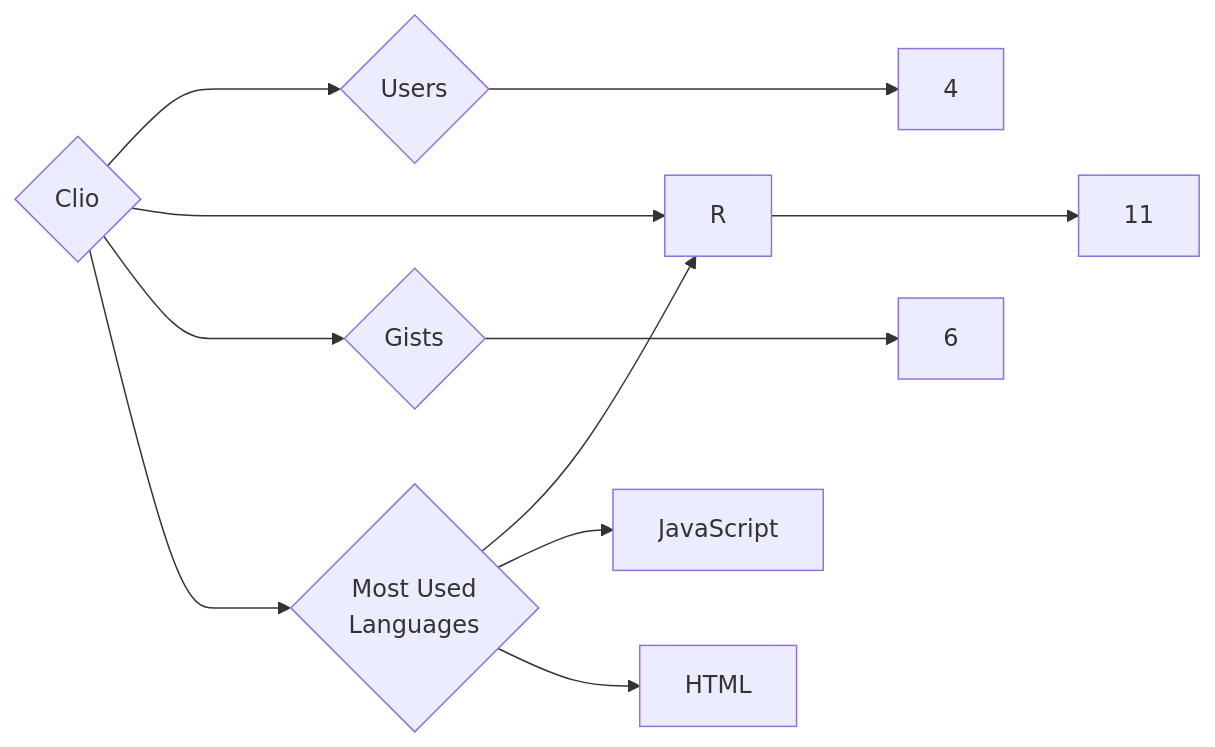
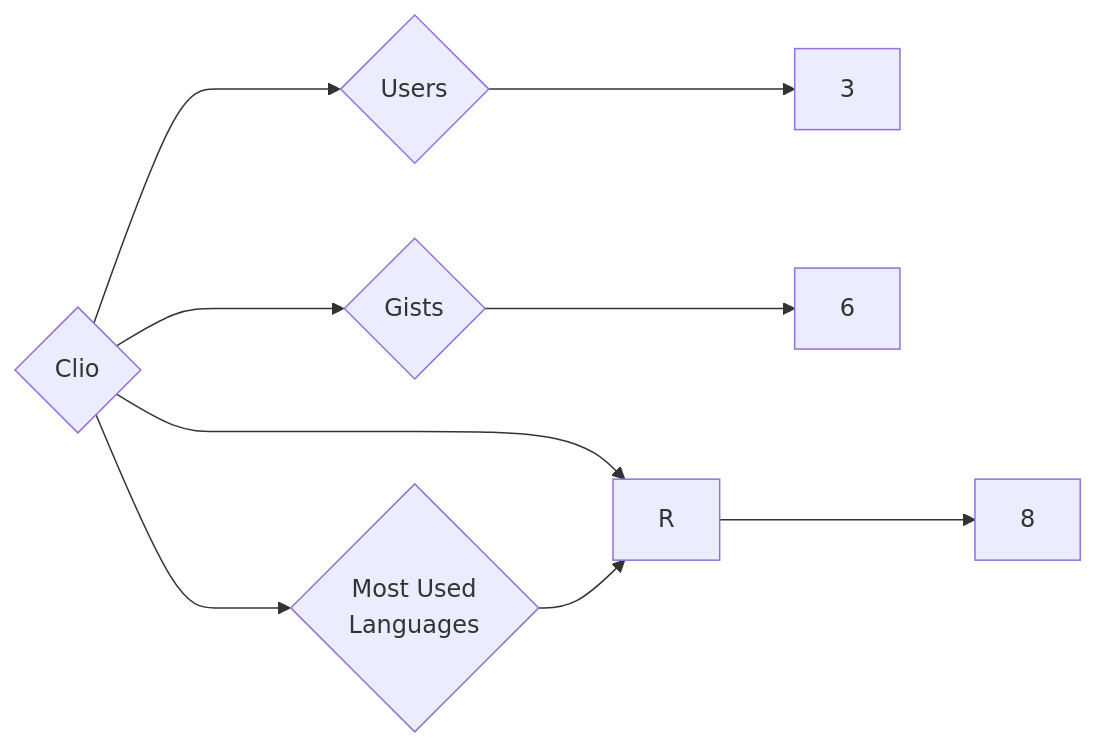
The diagram in targets/Clio/README.md (trickest/insiders), drawn with Mermaid before and after one commit. The commit also changed 559 other files, not shown here.

````diff
--- a/targets/Clio/README.md
+++ b/targets/Clio/README.md
@@ -3,11 +3,9 @@
 ```mermaid
 graph LR
 COMPANY_NAME{Clio}
-COMPANY_NAME ---> U{Users} ---> UN[4]
-COMPANY_NAME ---> R{Repositories} ---> RN[11]
+COMPANY_NAME ---> U{Users} ---> UN[3]
+COMPANY_NAME ---> R{Repositories} ---> RN[8]
 COMPANY_NAME ---> G{Gists} ---> GN[6]
 COMPANY_NAME ---> ML{Most Used<br>Languages}
 ML --> R[R]
-ML --> JavaScript[JavaScript]
-ML --> HTML[HTML]
 ```
````
